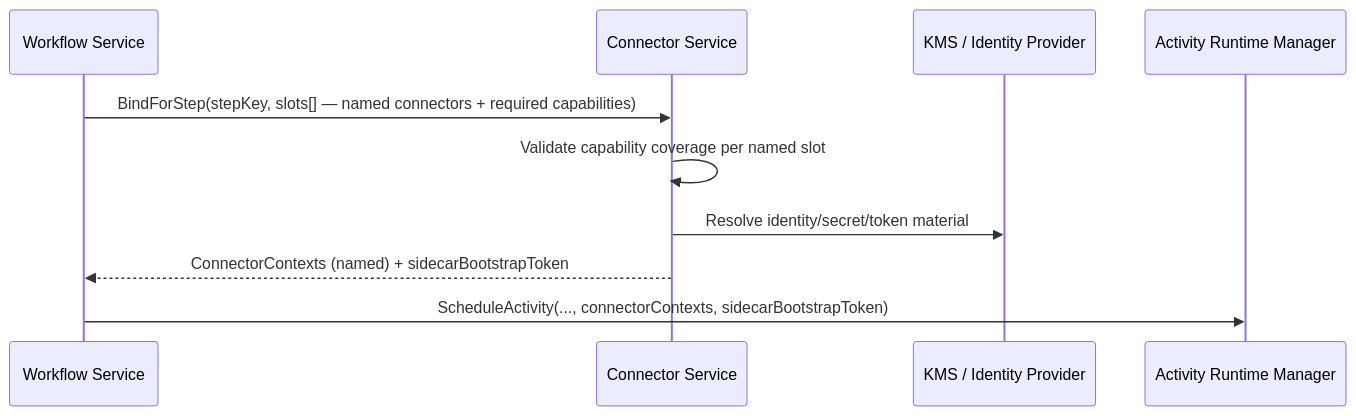
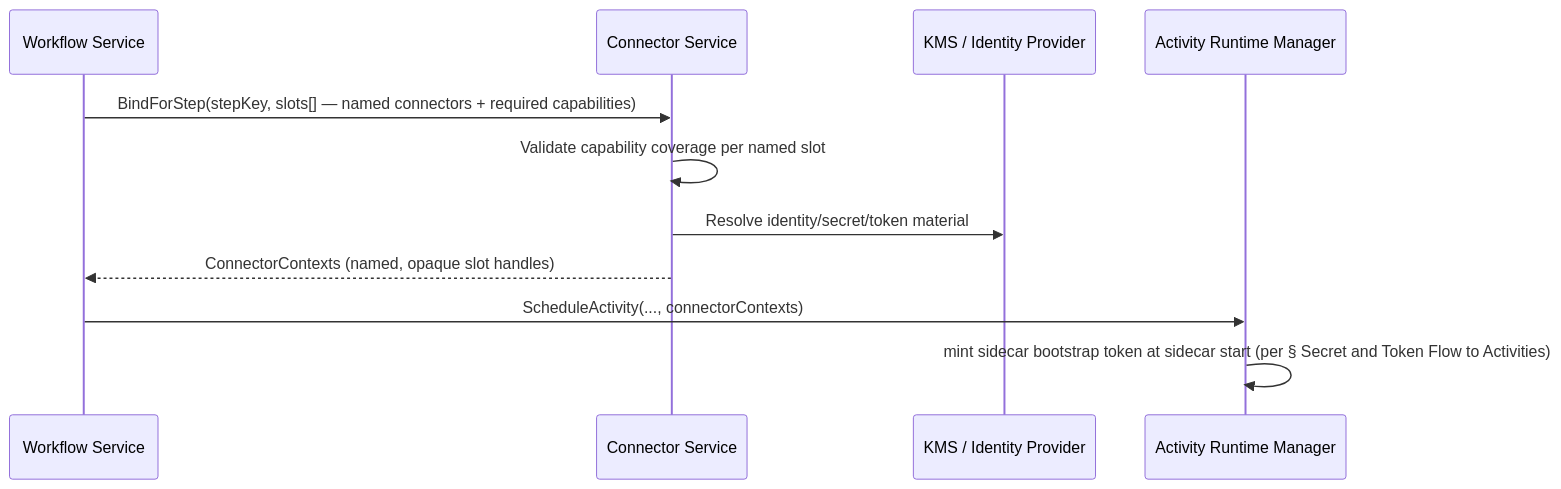
Before and after one commit to toddysm/custos: the fifth of 5 diagrams in design/components/connector-service/design.md, drawn with Mermaid. The commit also changed other lines of this file and 7 other files, not shown here.

First line of the commit message:
design(bundle-g): correct sidecar bootstrap token ownership — ARM mints; BindForStep returns ConnectorContexts only

````diff
--- a/design/components/connector-service/design.md
+++ b/design/components/connector-service/design.md
@@ -799,13 +799,14 @@
 ```mermaid
 sequenceDiagram
     participant WF as Workflow Service
     participant CS as Connector Service
     participant KMS as KMS / Identity Provider
     participant ARM as Activity Runtime Manager
 
     WF->>CS: BindForStep(stepKey, slots[] — named connectors + required capabilities)
     CS->>CS: Validate capability coverage per named slot
     CS->>KMS: Resolve identity/secret/token material
-    CS-->>WF: ConnectorContexts (named) + sidecarBootstrapToken
-    WF->>ARM: ScheduleActivity(..., connectorContexts, sidecarBootstrapToken)
+    CS-->>WF: ConnectorContexts (named, opaque slot handles)
+    WF->>ARM: ScheduleActivity(..., connectorContexts)
+    ARM->>ARM: mint sidecar bootstrap token at sidecar start (per § Secret and Token Flow to Activities)
 ```
````
